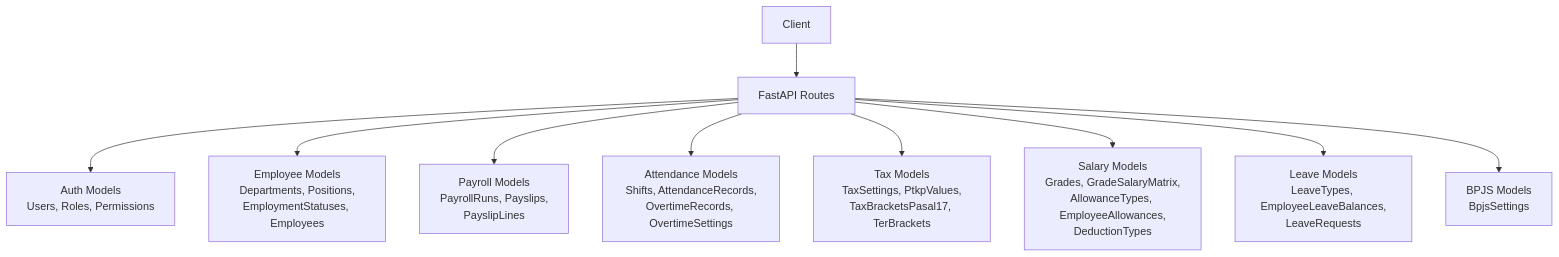
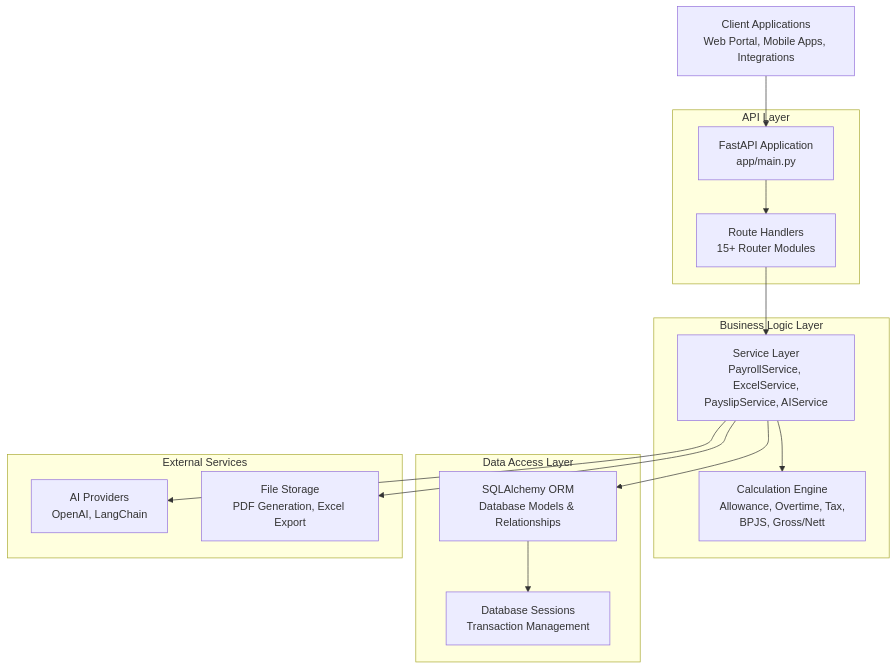
The second of 8 diagrams in .qoder/repowiki/en/content/API Reference.md (bikinaplikasipakeqoder-dot/payroll-hris), drawn with Mermaid before and after one commit. The commit also changed other lines of this file and 22 other files, not shown here.

Commit message:
feat: show monthly attendance summary per employee with detail modal

````diff
--- a/.qoder/repowiki/en/content/API Reference.md
+++ b/.qoder/repowiki/en/content/API Reference.md
@@ -106,22 +128,28 @@
 ```mermaid
 graph TB
-Client["Client"]
-API["FastAPI Routes"]
-Auth["Auth Models<br/>Users, Roles, Permissions"]
-Emp["Employee Models<br/>Departments, Positions,<br/>EmploymentStatuses, Employees"]
-Pay["Payroll Models<br/>PayrollRuns, Payslips,<br/>PayslipLines"]
-Att["Attendance Models<br/>Shifts, AttendanceRecords,<br/>OvertimeRecords, OvertimeSettings"]
-Tax["Tax Models<br/>TaxSettings, PtkpValues,<br/>TaxBracketsPasal17, TerBrackets"]
-Sal["Salary Models<br/>Grades, GradeSalaryMatrix,<br/>AllowanceTypes, EmployeeAllowances,<br/>DeductionTypes"]
-Lev["Leave Models<br/>LeaveTypes, EmployeeLeaveBalances,<br/>LeaveRequests"]
-Bpjs["BPJS Models<br/>BpjsSettings"]
-Client --> API
-API --> Auth
-API --> Emp
-API --> Pay
-API --> Att
-API --> Tax
-API --> Sal
-API --> Lev
-API --> Bpjs
+Client["Client Applications<br/>Web Portal, Mobile Apps, Integrations"]
+subgraph "API Layer"
+MainApp["FastAPI Application<br/>app/main.py"]
+Routers["Route Handlers<br/>15+ Router Modules"]
+end
+subgraph "Business Logic Layer"
+Services["Service Layer<br/>PayrollService, ExcelService,<br/>PayslipService, AIService"]
+Calculations["Calculation Engine<br/>Allowance, Overtime, Tax,<br/>BPJS, Gross/Nett"]
+end
+subgraph "Data Access Layer"
+Database["SQLAlchemy ORM<br/>Database Models & Relationships"]
+Sessions["Database Sessions<br/>Transaction Management"]
+end
+subgraph "External Services"
+AI["AI Providers<br/>OpenAI, LangChain"]
+Storage["File Storage<br/>PDF Generation, Excel Export"]
+end
+Client --> MainApp
+MainApp --> Routers
+Routers --> Services
+Services --> Calculations
+Services --> Database
+Database --> Sessions
+Services --> AI
+Services --> Storage
 ```
````
